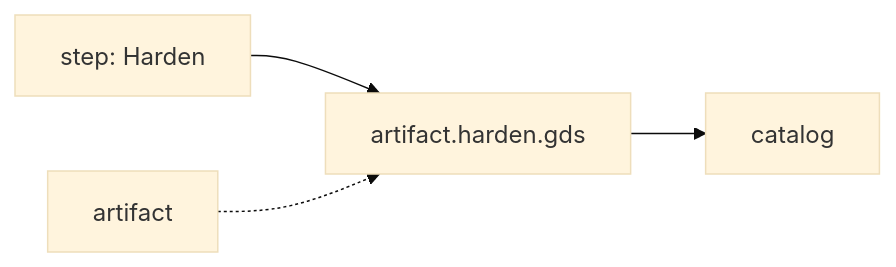
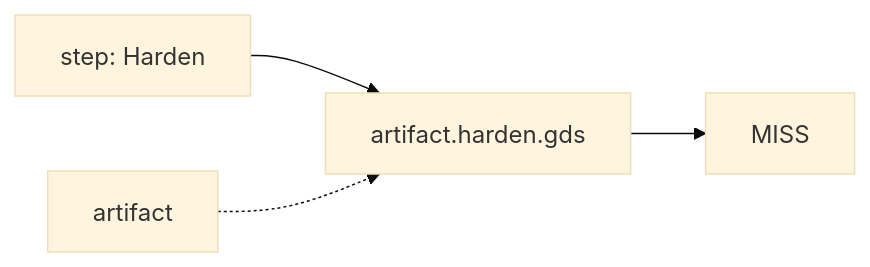
Diagram 19 of 53 in .github/signoff-board/signoff-kanban.md (openecos-projects/ecc), drawn with Mermaid (base theme) before and after one commit. The commit also changed other lines of this file and 2 other files, not shown here.

First line of the commit message:
feat(signoff): add performance / iSTA catalog slots (43 metrics)

````diff
--- a/.github/signoff-board/signoff-kanban.md
+++ b/.github/signoff-board/signoff-kanban.md
@@ -464,6 +496,6 @@
 ```mermaid
 flowchart LR
   step_artifact_harden_gds["step: Harden"] --> metric_artifact_harden_gds["artifact.harden.gds"]
-  metric_artifact_harden_gds --> state_artifact_harden_gds["catalog"]
+  metric_artifact_harden_gds --> state_artifact_harden_gds["MISS"]
   cat_artifact_harden_gds["artifact"] -.-> metric_artifact_harden_gds
 ```
````
